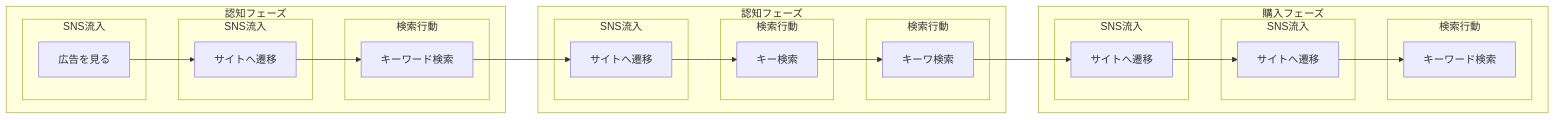
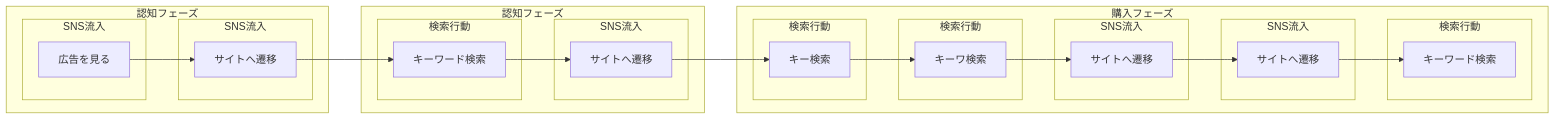
The diagram in linux-install-02.md (hobby-pc2026/linux-install), drawn with Mermaid before and after one commit. The commit also changed other lines of this file, not shown here.

````diff
--- a/linux-install-02.md
+++ b/linux-install-02.md
@@ -3,36 +3,36 @@
 ```mermaid
 flowchart LR
     subgraph フェーズ1 [認知フェーズ]
         subgraph サブ1 [SNS流入]
             A[広告を見る] 
         end
         subgraph サブ2 [SNS流入]
             A --> B[サイトへ遷移]
         end
+    end
+    subgraph フェーズ2 [認知フェーズ]
         subgraph サブ3 [検索行動]
             B --> C[キーワード検索]
         end
-    end
-    subgraph フェーズ2 [認知フェーズ]
         subgraph サブ4 [SNS流入]
             C --> E[サイトへ遷移]
         end
+    end
+    subgraph フェーズ3 [購入フェーズ]
         subgraph サブ5 [検索行動]
             E --> F[キー検索]
         end
         subgraph サブ6 [検索行動]
             F --> G[キーワ検索]
         end
-    end
-    subgraph フェーズ3 [購入フェーズ]
         subgraph サブ7 [SNS流入]
             G --> H[サイトへ遷移] 
         end
         subgraph サブ8 [SNS流入]
             H --> I[サイトへ遷移]
         end
         subgraph サブ9 [検索行動]
             I --> J[キーワード検索]
         end
     end
 ```
````
